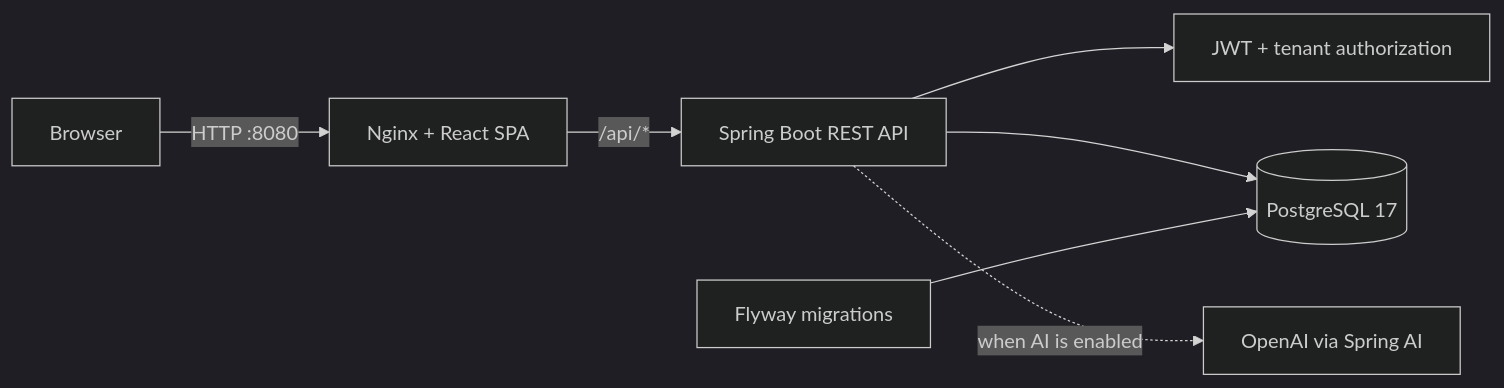
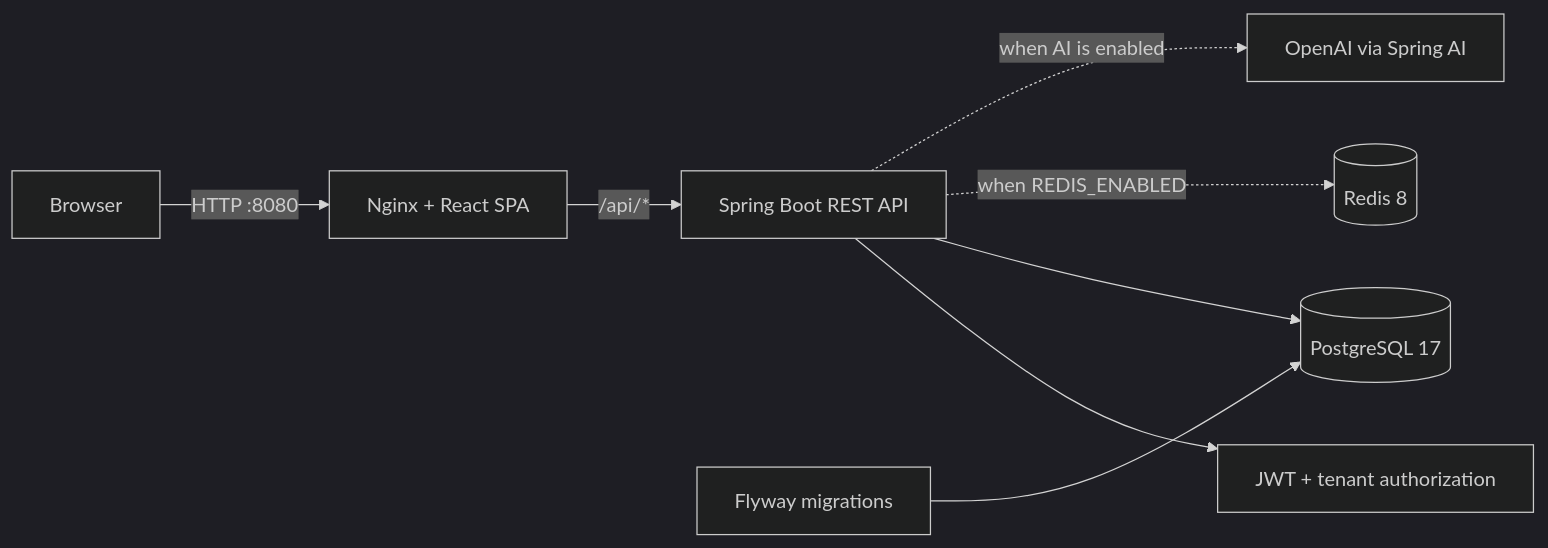
Before and after one commit to vokyo/FlowAi: the diagram in README.md, drawn with Mermaid (dark theme). The commit also changed other lines of this file and 2 other files, not shown here.

First line of the commit message:
chore(compose): count the stack's rate limits in its Redis

````diff
--- a/README.md
+++ b/README.md
@@ -78,9 +78,10 @@
 ```mermaid
 flowchart LR
     Browser["Browser"] -->|"HTTP :8080"| Nginx["Nginx + React SPA"]
     Nginx -->|"/api/*"| API["Spring Boot REST API"]
     API --> Security["JWT + tenant authorization"]
     API --> Database[("PostgreSQL 17")]
+    API -. "when REDIS_ENABLED" .-> Redis[("Redis 8")]
     API -. "when AI is enabled" .-> Provider["OpenAI via Spring AI"]
     Flyway["Flyway migrations"] --> Database
 ```
````
